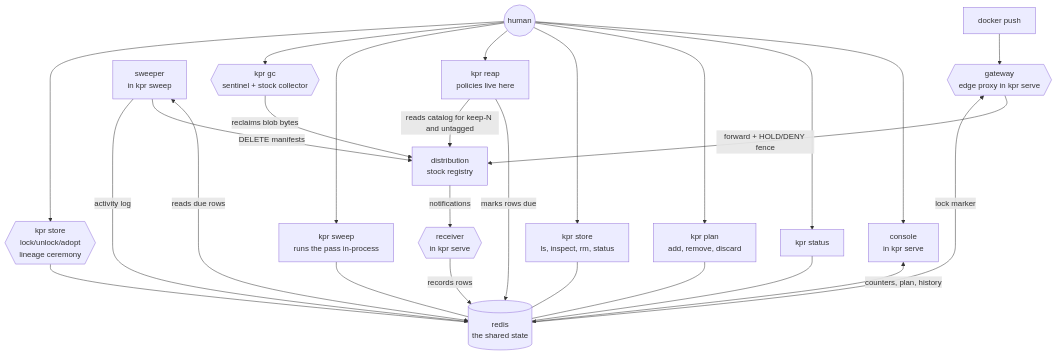
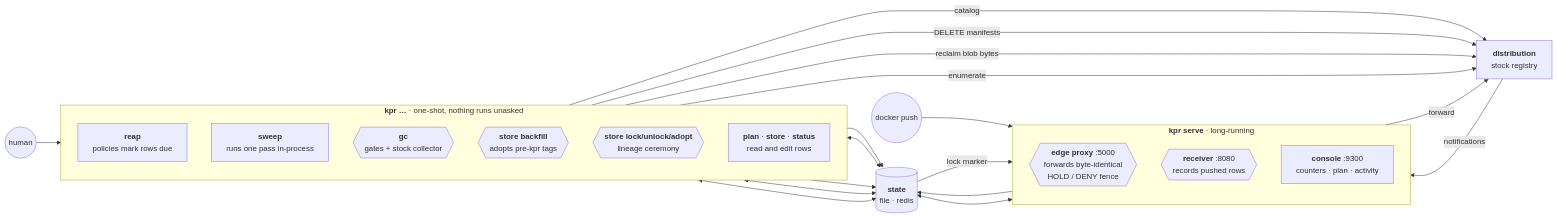
The first of 2 diagrams in docs/ARCHITECTURE.md (noroutine/kpr), drawn with Mermaid before and after one commit. The commit also changed other lines of this file, not shown here.

Commit message:
Group serve's servers in the components diagram
The three things serve runs — edge proxy, receiver, console — were
loose nodes whose labels said "in kpr serve" in prose. They are a
subgraph now, so the long-running process is visible as one thing,
with the one-shot commands grouped opposite it. Hexagons still mark
the recording paths, and store backfill joins them: it signs rows
and was missing from the picture entirely.

The state node is backend-neutral, which retires the caveat about
the diagram naming redis. That exposed a seam of redis-only claims
left over from when redis was the default — due marks "in redis",
"Redis holds state", the banner's "registry/redis reachability",
the activity ring, the sweeper lock, the colocation constraint.
All now say state, with redis named only where it is genuinely
redis: the backend list, the key spelling, its auth, and ttl.sh's
prior art.

Also drops "the gateway is a future actor" — GATEWAY.md has
recorded it as delivered since the edge shipped.

````diff
--- a/docs/ARCHITECTURE.md
+++ b/docs/ARCHITECTURE.md
@@ -30,28 +28,41 @@
 ```mermaid
-flowchart TB
-    dev[docker push] --> edge{{gateway\nedge proxy in kpr serve}}
-    edge -- forward + HOLD/DENY fence --> dist[distribution\nstock registry]
-    redis -- lock marker --> edge
-    dist -- notifications --> recv{{receiver\nin kpr serve}}
-    recv -- records rows --> redis[(redis\nthe shared state)]
-    sweep[sweeper\nin kpr sweep] <-- reads due rows --> redis
-    sweep -- DELETE manifests --> dist
-    sweep -- activity log --> redis
-    console[console\nin kpr serve] <-- counters, plan, history --> redis
-    reap[kpr reap\npolicies live here] -- marks rows due --> redis
-    reap -- reads catalog for keep-N and untagged --> dist
-    sweepcmd[kpr sweep\nruns the pass in-process] --- redis
-    gc{{kpr gc\nsentinel + stock collector}} -- reclaims blob bytes --> dist
-    status[kpr status] --- redis
-    plan[kpr plan\nadd, remove, discard] --- redis
-    store[kpr store\nls, inspect, rm, status] --- redis
-    ceremony{{kpr store\nlock/unlock/adopt\nlineage ceremony}} --- redis
-    human((human)) --> console
-    human --> status
-    human --> plan
-    human --> store
-    human --> reap
-    human --> sweepcmd
-    human --> gc
-    human --> ceremony
+flowchart LR
+  dev((docker push)) --> edge
+  human((human)) --> cli
+
+  subgraph serve["<b>kpr serve</b> · long-running"]
+    direction TB
+    edge{{"<b>edge proxy</b> :5000<br/>forwards byte-identical<br/>HOLD / DENY fence"}}
+    recv{{"<b>receiver</b> :8080<br/>records pushed rows"}}
+    console["<b>console</b> :9300<br/>counters · plan · activity"]
+  end
+
+  subgraph cli["<b>kpr …</b> · one-shot, nothing runs unasked"]
+    direction TB
+    reap["<b>reap</b><br/>policies mark rows due"]
+    sweepcmd["<b>sweep</b><br/>runs one pass in-process"]
+    gcc{{"<b>gc</b><br/>gates + stock collector"}}
+    backfill{{"<b>store backfill</b><br/>adopts pre-kpr tags"}}
+    ceremony{{"<b>store lock/unlock/adopt</b><br/>lineage ceremony"}}
+    rest["<b>plan</b> · <b>store</b> · <b>status</b><br/>read and edit rows"]
+  end
+
+  state[("<b>state</b><br/>file · redis")]
+  dist["<b>distribution</b><br/>stock registry"]
+
+  edge -- forward --> dist
+  dist -- notifications --> recv
+  recv --> state
+  console <--> state
+  state -- lock marker --> edge
+
+  reap --> state
+  reap -- catalog --> dist
+  sweepcmd <--> state
+  sweepcmd -- "DELETE manifests" --> dist
+  gcc -- "reclaim blob bytes" --> dist
+  backfill -- enumerate --> dist
+  backfill --> state
+  ceremony <--> state
+  rest <--> state
 ```
````
